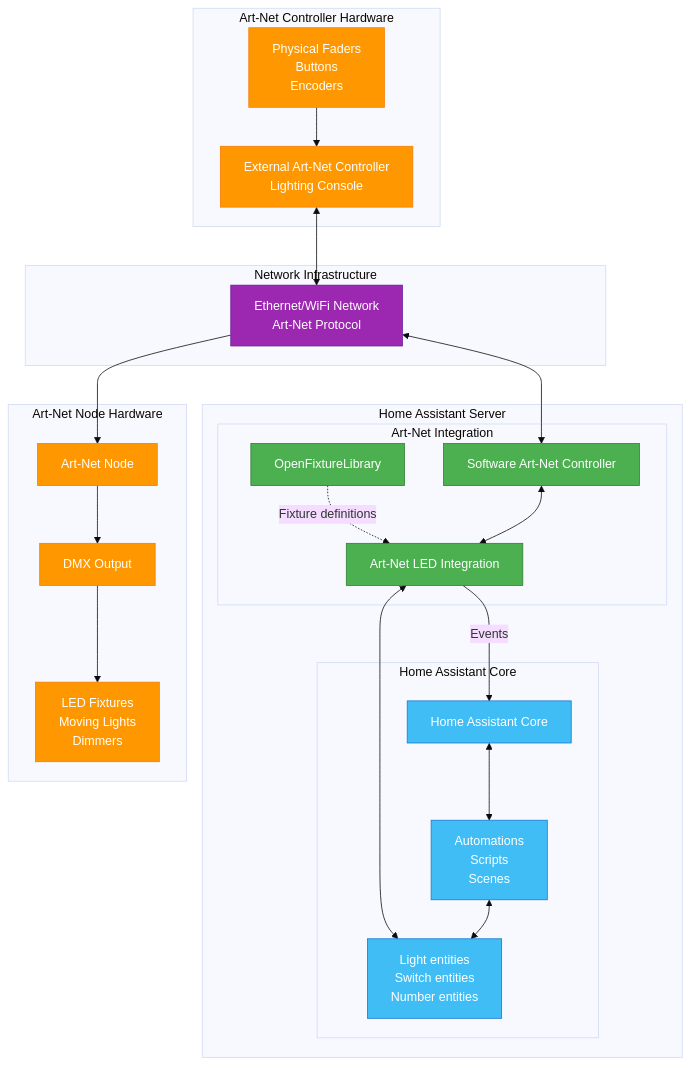
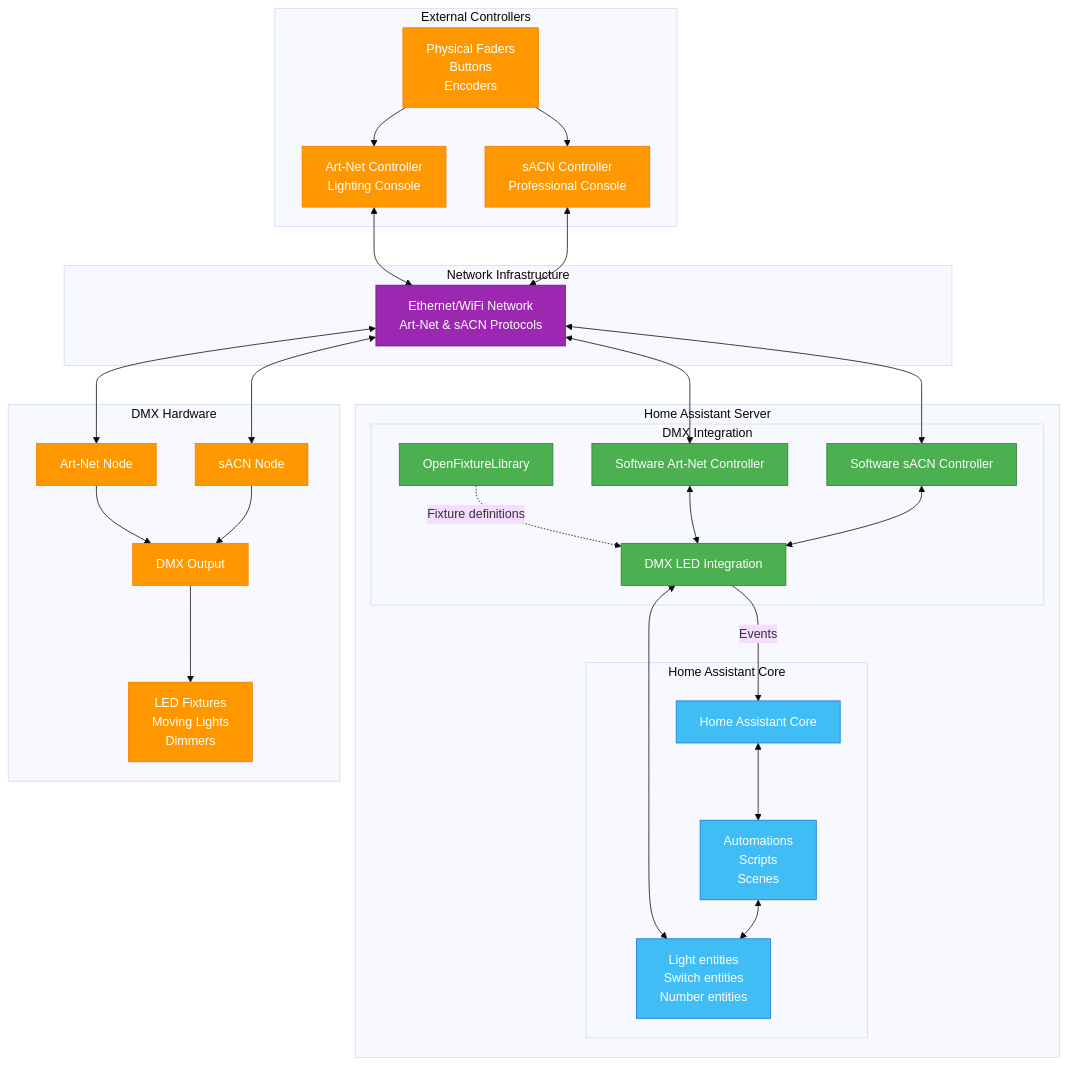
The diagram in docs/index.md (Breina/ha-artnet-led), drawn with Mermaid (base theme) before and after one commit. The commit also changed other lines of this file and 12 other files, not shown here.

````diff
--- a/docs/index.md
+++ b/docs/index.md
@@ -24,61 +25,70 @@
 ```mermaid
 graph TB
     subgraph "Home Assistant Server"
         subgraph "Home Assistant Core"
             HA[Home Assistant Core]
             ENTITIES[Light entities<br/>Switch entities<br/>Number entities]
             AUTO[Automations<br/>Scripts<br/>Scenes]
         end
         
-        subgraph "Art-Net Integration"
-            ARTNET[Art-Net LED Integration]
-            CONTROLLER[Software Art-Net Controller]
+        subgraph "DMX Integration"
+            DMX_INT[DMX LED Integration]
+            ARTNET_CTRL[Software Art-Net Controller]
+            SACN_CTRL[Software sACN Controller]
             FIXTURE_MGR[OpenFixtureLibrary]
         end
     end
     
     subgraph "Network Infrastructure"
-        NETWORK[Ethernet/WiFi Network<br/>Art-Net Protocol]
+        NETWORK[Ethernet/WiFi Network<br/>Art-Net & sACN Protocols]
     end
     
-    subgraph "Art-Net Node Hardware"
-        NODE[Art-Net Node]
+    subgraph "DMX Hardware"
+        ARTNET_NODE[Art-Net Node]
+        SACN_NODE[sACN Node]
         DMX_OUT[DMX Output]
         FIXTURES[LED Fixtures<br/>Moving Lights<br/>Dimmers]
     end
     
-    subgraph "Art-Net Controller Hardware"
-        EXT_CTRL[External Art-Net Controller<br/>Lighting Console]
+    subgraph "External Controllers"
+        EXT_ARTNET[Art-Net Controller<br/>Lighting Console]
+        EXT_SACN[sACN Controller<br/>Professional Console]
         FADERS[Physical Faders<br/>Buttons<br/>Encoders]
     end
     
     %% Bidirectional communication within HA
-    ARTNET -->|Events| HA 
-    ARTNET <--> ENTITIES
+    DMX_INT -->|Events| HA 
+    DMX_INT <--> ENTITIES
     HA <--> AUTO
     AUTO <--> ENTITIES
-    FIXTURE_MGR -.->|Fixture definitions| ARTNET
+    FIXTURE_MGR -.->|Fixture definitions| DMX_INT
     
-    %% Art-Net network communication
-    NETWORK --> NODE
-    EXT_CTRL <--> NETWORK
-    NETWORK <--> CONTROLLER
-    CONTROLLER <--> ARTNET
+    %% Network communication
+    NETWORK <--> ARTNET_NODE
+    NETWORK <--> SACN_NODE
+    EXT_ARTNET <--> NETWORK
+    EXT_SACN <--> NETWORK
+    NETWORK <--> ARTNET_CTRL
+    NETWORK <--> SACN_CTRL
+    ARTNET_CTRL <--> DMX_INT
+    SACN_CTRL <--> DMX_INT
     
     %% Hardware connections
-    NODE --> DMX_OUT
+    ARTNET_NODE --> DMX_OUT
+    SACN_NODE --> DMX_OUT
     DMX_OUT --> FIXTURES
-    FADERS --> EXT_CTRL
+    FADERS --> EXT_ARTNET
+    FADERS --> EXT_SACN
     
     %% Data flow labels
     
     classDef haCore fill:#41BDF5,stroke:#1976D2,color:#fff
     classDef integration fill:#4CAF50,stroke:#2E7D32,color:#fff
     classDef hardware fill:#FF9800,stroke:#F57C00,color:#fff
     classDef network fill:#9C27B0,stroke:#6A1B9A,color:#fff
     
     class HA,ENTITIES,AUTO haCore
-    class ARTNET,CONTROLLER,FIXTURE_MGR integration
-    class NODE,EXT_CTRL,FADERS,DMX_OUT,FIXTURES hardware
+    class DMX_INT,ARTNET_CTRL,SACN_CTRL,FIXTURE_MGR integration
+    class ARTNET_NODE,SACN_NODE,EXT_ARTNET,EXT_SACN,FADERS,DMX_OUT,FIXTURES hardware
     class NETWORK network
 ```
````
